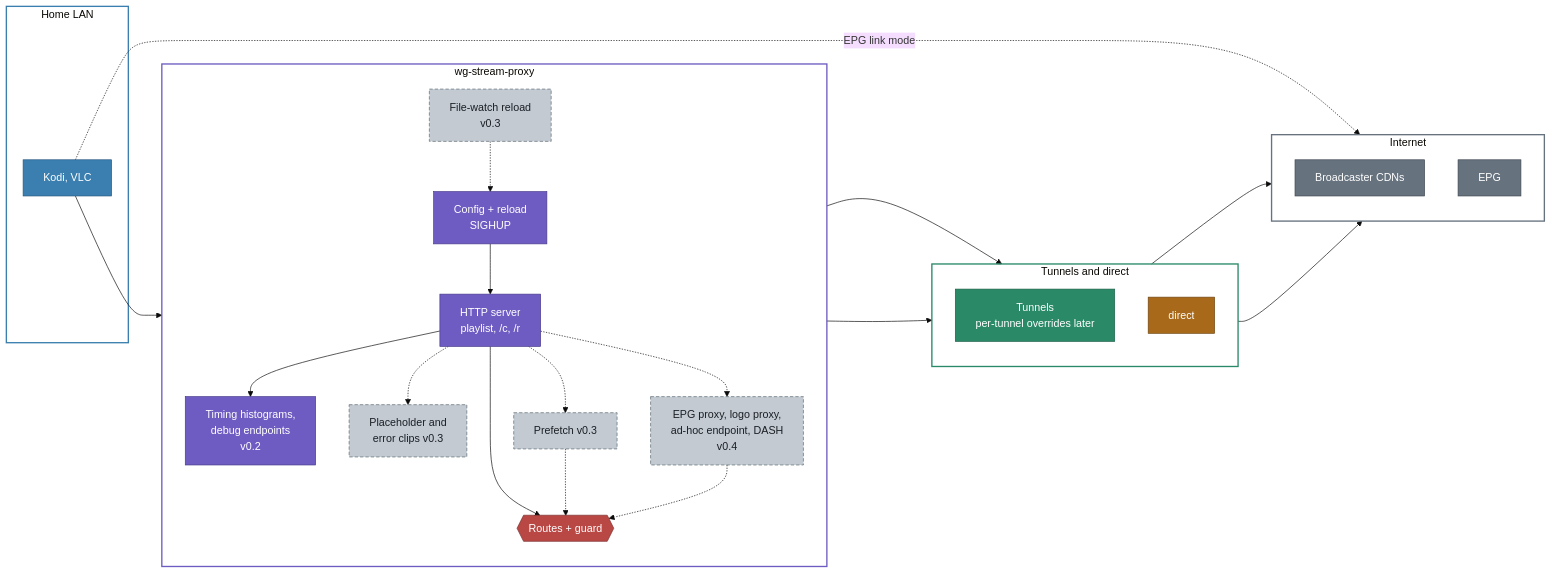
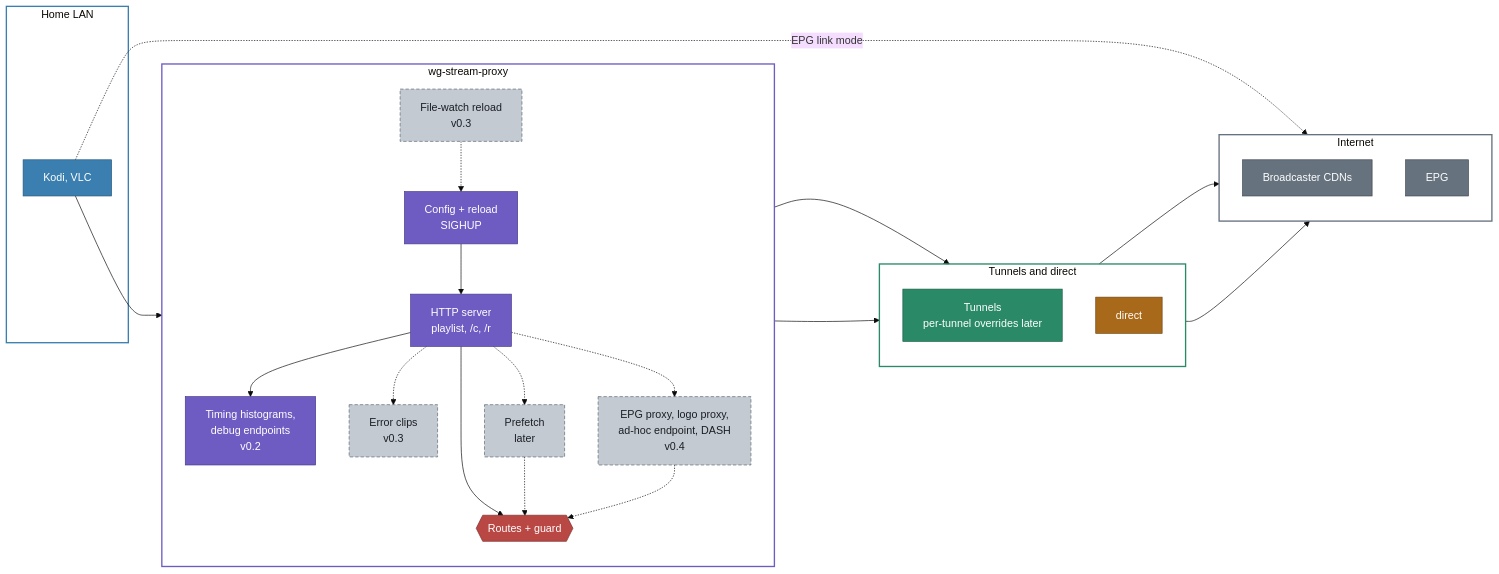
Before and after one commit to KingOfKalk/wg-stream-proxy: diagram 16 of 17 in docs/architecture.md, drawn with Mermaid (base theme). The commit also changed other lines of this file and 14 other files, not shown here.

````diff
--- a/docs/architecture.md
+++ b/docs/architecture.md
@@ -896,53 +896,53 @@
 ```mermaid
 flowchart LR
     subgraph lan["Home LAN"]
         players["Kodi, VLC"]:::lan
     end
     subgraph proxy["wg-stream-proxy"]
         direction TB
         ctl["Config + reload<br/>SIGHUP"]:::proxy
         watch["File-watch reload<br/>v0.3"]:::later
         srv["HTTP server<br/>playlist, /c, /r"]:::proxy
         obs["Timing histograms,<br/>debug endpoints<br/>v0.2"]:::proxy
-        clips["Placeholder and<br/>error clips v0.3"]:::later
-        pre["Prefetch v0.3"]:::later
+        clips["Error clips<br/>v0.3"]:::later
+        pre["Prefetch<br/>later"]:::later
         extra["EPG proxy, logo proxy,<br/>ad-hoc endpoint, DASH<br/>v0.4"]:::later
         routes{{"Routes + guard"}}:::guard
     end
     subgraph nets["Tunnels and direct"]
         direction TB
         tun["Tunnels<br/>per-tunnel overrides later"]:::tunnel
         direct["direct"]:::direct
     end
     subgraph inet["Internet"]
         direction TB
         cdn["Broadcaster CDNs"]:::inet
         epg["EPG"]:::inet
     end
 
     players --> srv
     watch -.-> ctl
     ctl --> srv
     srv --> obs
     srv -.-> clips
     srv -.-> pre
     srv -.-> extra
     srv --> routes
     pre -.-> routes
     extra -.-> routes
     routes --> tun & direct
     tun & direct --> cdn
     players -. "EPG link mode" .-> epg
 
     classDef lan fill:#3b7fb0,stroke:#24577d,color:#ffffff
     classDef proxy fill:#6f5cc2,stroke:#46398a,color:#ffffff
     classDef tunnel fill:#2a8a68,stroke:#1a5e46,color:#ffffff
     classDef direct fill:#a86a1a,stroke:#6e4511,color:#ffffff
     classDef inet fill:#66727e,stroke:#3f4851,color:#ffffff
     classDef guard fill:#b94845,stroke:#7a2c2a,color:#ffffff
     classDef later fill:#c3cad2,stroke:#5b6670,color:#1b1f24,stroke-dasharray:5 3
     style lan fill:none,stroke:#3b7fb0,stroke-width:2px
     style proxy fill:none,stroke:#6f5cc2,stroke-width:2px
     style nets fill:none,stroke:#2a8a68,stroke-width:2px
     style inet fill:none,stroke:#66727e,stroke-width:2px
 ```
````
